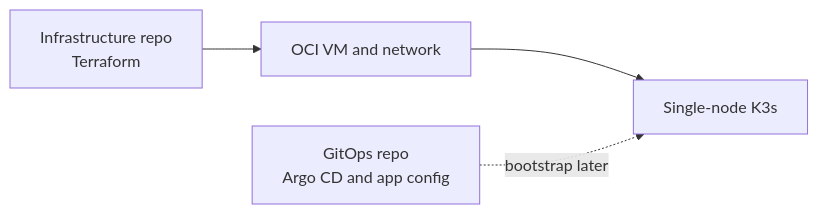
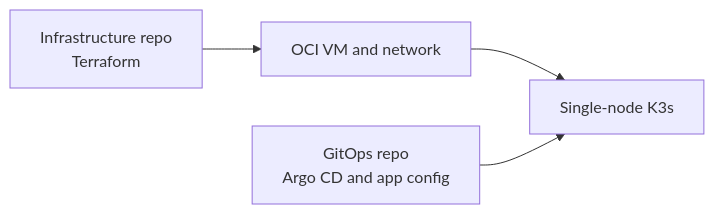
Before and after one commit to Disease-Prediction-ASET26/disease-prediction-infra: the first of 3 diagrams in README.md, drawn with Mermaid. The commit also changed other lines of this file and 1 other file, not shown here.

````diff
--- a/README.md
+++ b/README.md
@@ -77,6 +103,6 @@
 ```mermaid
 flowchart LR
   infra[Infrastructure repo<br/>Terraform] --> oci[OCI VM and network]
   oci --> cluster[Single-node K3s]
-  gitops[GitOps repo<br/>Argo CD and app config] -. bootstrap later .-> cluster
+  gitops[GitOps repo<br/>Argo CD and app config] --> cluster
 ```
````
